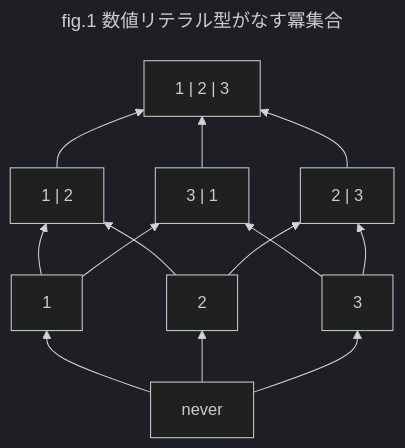
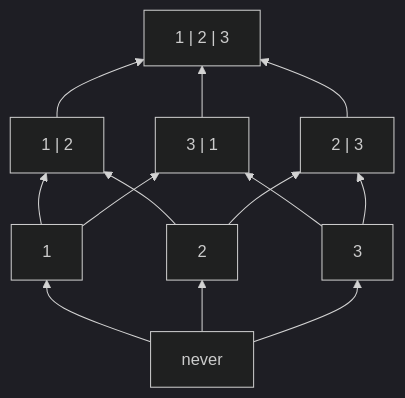
The second of 14 diagrams in books/algebraic-subtyping-models/6-ast-set-theoretic-model.md (yo-goto/zenn-public-repo), drawn with Mermaid (dark theme) before and after one commit. The commit also changed other lines of this file, not shown here.

Commit message:
🐛 fix(chapter): 集合論の章でmermaidグラフからタイトルを除去(数字管理が面倒なので)

````diff
--- a/books/algebraic-subtyping-models/6-ast-set-theoretic-model.md
+++ b/books/algebraic-subtyping-models/6-ast-set-theoretic-model.md
@@ -239,22 +239,19 @@
 ```mermaid
----
-title: fig.1 数値リテラル型がなす冪集合
----
 graph BT
   B_123["never"]
   1["1"]
   2["2"]
   3["3"]
   12["1 | 2"]
   31["3 | 1"]
   23["2 | 3"]
   T_123["1 | 2 | 3"]
   B_123 --> 1 & 2 & 3
   1 --> 12
   2 --> 12
   3 --> 31
   2 --> 23
   1 --> 31
   3 --> 23
   12 & 23 & 31 --> T_123
 ```
````
